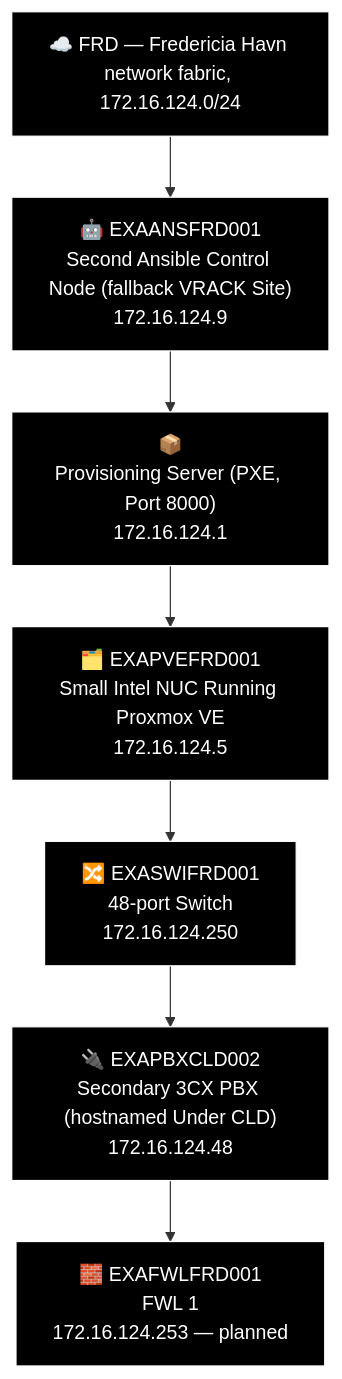
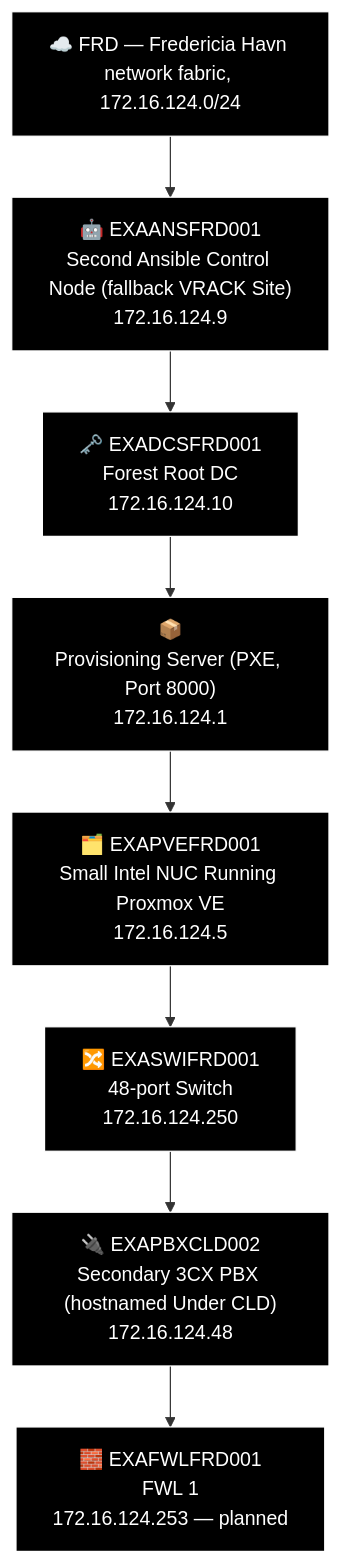
One commit to knightmare2600/example_music_infra changed diagram 21 of 23 in docs/network-diagram/danmark.md. Above: the diagram before and after it, drawn with Mermaid. The commit also changed 6 other files, not shown here.

````diff
--- a/docs/network-diagram/danmark.md
+++ b/docs/network-diagram/danmark.md
@@ -872,21 +872,23 @@
 ```mermaid
 %% GENERATED:TOPOLOGY:FRD:START
 %%{init: {'flowchart': {'curve': 'stepAfter'}}}%%
 graph TD
     T_FRD["☁️ FRD — Fredericia Havn network fabric, 172.16.124.0/24"]
     T_ANS["🤖 EXAANSFRD001<br/>Second Ansible Control Node (fallback VRACK Site)<br/>172.16.124.9"]
+    T_DCS["🗝️ EXADCSFRD001<br/>Forest Root DC<br/>172.16.124.10"]
     T_TMP["📦<br/>Provisioning Server (PXE, Port 8000)<br/>172.16.124.1"]
     T_PVE["🗂️ EXAPVEFRD001<br/>Small Intel NUC Running Proxmox VE<br/>172.16.124.5"]
     T_SWI["🔀 EXASWIFRD001<br/>48-port Switch<br/>172.16.124.250"]
     T_PBX["🔌 EXAPBXCLD002<br/>Secondary 3CX PBX (hostnamed Under CLD)<br/>172.16.124.48"]
     T_FWL["🧱 EXAFWLFRD001<br/>FWL 1<br/>172.16.124.253 — planned"]
-    T_FRD --> T_ANS --> T_TMP --> T_PVE --> T_SWI --> T_PBX --> T_FWL
+    T_FRD --> T_ANS --> T_DCS --> T_TMP --> T_PVE --> T_SWI --> T_PBX --> T_FWL
     style T_FRD fill:#000000,stroke:#FFFFFF,color:#FFFFFF
     style T_ANS fill:#000000,stroke:#FFFFFF,color:#FFFFFF
+    style T_DCS fill:#000000,stroke:#FFFFFF,color:#FFFFFF
     style T_TMP fill:#000000,stroke:#FFFFFF,color:#FFFFFF
     style T_PVE fill:#000000,stroke:#FFFFFF,color:#FFFFFF
     style T_SWI fill:#000000,stroke:#FFFFFF,color:#FFFFFF
     style T_PBX fill:#000000,stroke:#FFFFFF,color:#FFFFFF
     style T_FWL fill:#000000,stroke:#FFFFFF,color:#FFFFFF
 %% GENERATED:TOPOLOGY:FRD:END
 ```
````
